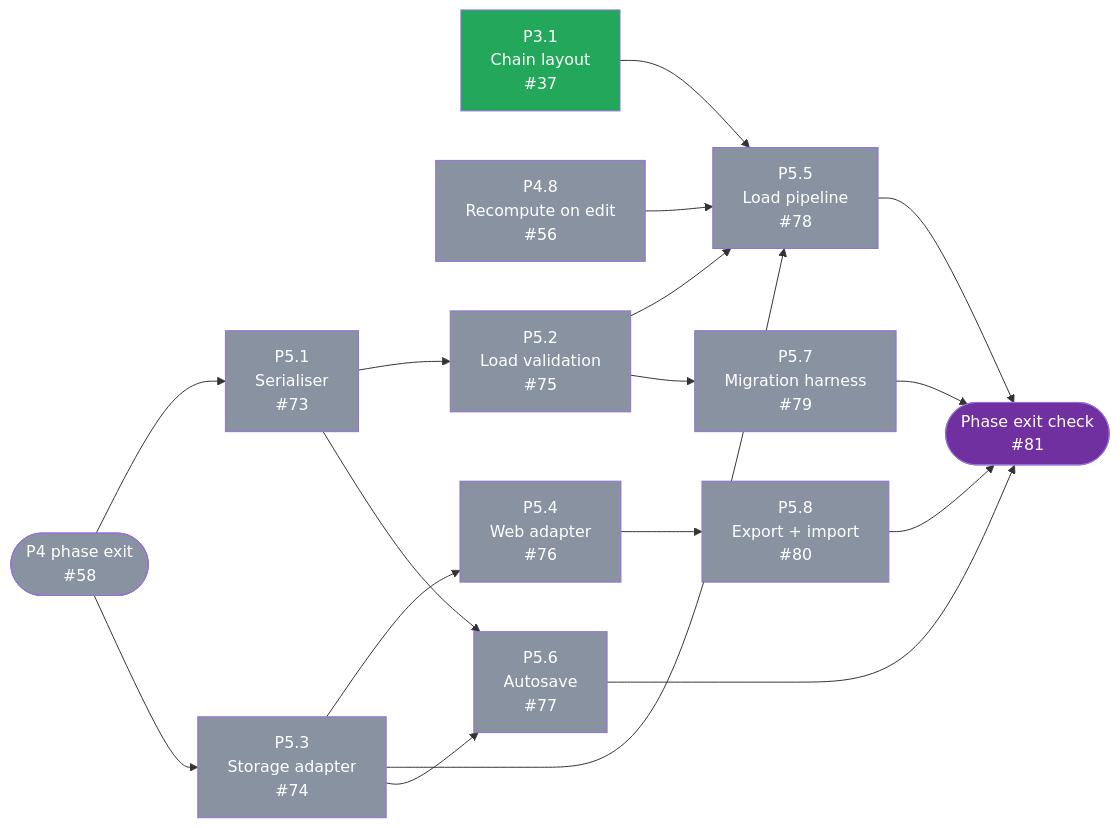
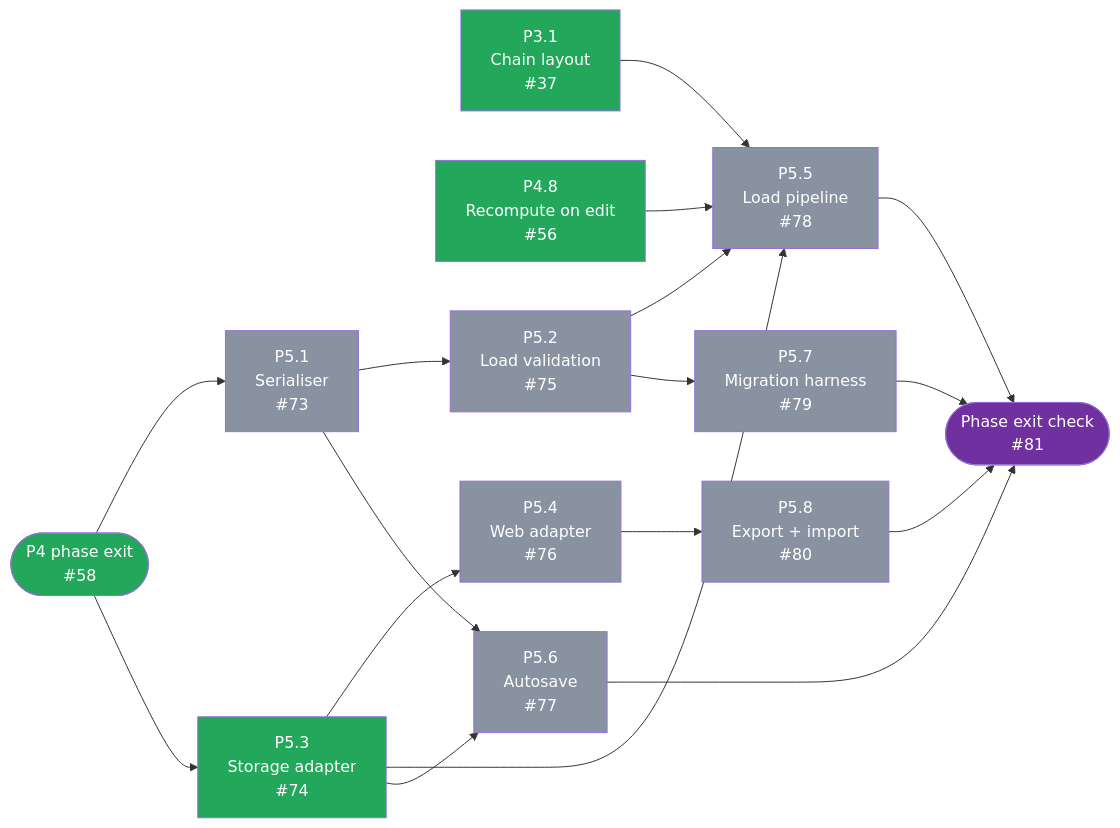
The fourth of 5 diagrams in docs/DEVELOPMENT_PLAN.md (tousifosman/CalcMind), drawn with Mermaid before and after one commit. The commit also changed other lines of this file and 7 other files, not shown here.

````diff
--- a/docs/DEVELOPMENT_PLAN.md
+++ b/docs/DEVELOPMENT_PLAN.md
@@ -726,45 +726,45 @@
 ```mermaid
 flowchart LR
     P4EXIT(["P4 phase exit<br/>#58"])
     P31["P3.1<br/>Chain layout<br/>#37"]
     P48["P4.8<br/>Recompute on edit<br/>#56"]
     P51["P5.1<br/>Serialiser<br/>#73"]
     P52["P5.2<br/>Load validation<br/>#75"]
     P53["P5.3<br/>Storage adapter<br/>#74"]
     P54["P5.4<br/>Web adapter<br/>#76"]
     P55["P5.5<br/>Load pipeline<br/>#78"]
     P56["P5.6<br/>Autosave<br/>#77"]
     P57["P5.7<br/>Migration harness<br/>#79"]
     P58["P5.8<br/>Export + import<br/>#80"]
     EXIT(["Phase exit check<br/>#81"])
 
     P4EXIT --> P51
     P4EXIT --> P53
     P51 --> P52
     P53 --> P54
     P52 --> P55
     P53 --> P55
     P31 --> P55
     P48 --> P55
     P51 --> P56
     P53 --> P56
     P52 --> P57
     P54 --> P58
     P55 --> EXIT
     P56 --> EXIT
     P57 --> EXIT
     P58 --> EXIT
 
-    style P4EXIT fill:#8892A0,color:#fff
+    style P4EXIT fill:#22A75B,color:#fff
     style P31 fill:#22A75B,color:#fff
-    style P48 fill:#8892A0,color:#fff
+    style P48 fill:#22A75B,color:#fff
     style P51 fill:#8892A0,color:#fff
     style P52 fill:#8892A0,color:#fff
-    style P53 fill:#8892A0,color:#fff
+    style P53 fill:#22A75B,color:#fff
     style P54 fill:#8892A0,color:#fff
     style P55 fill:#8892A0,color:#fff
     style P56 fill:#8892A0,color:#fff
     style P57 fill:#8892A0,color:#fff
     style P58 fill:#8892A0,color:#fff
     style EXIT fill:#7030A0,color:#fff
 ```
````
